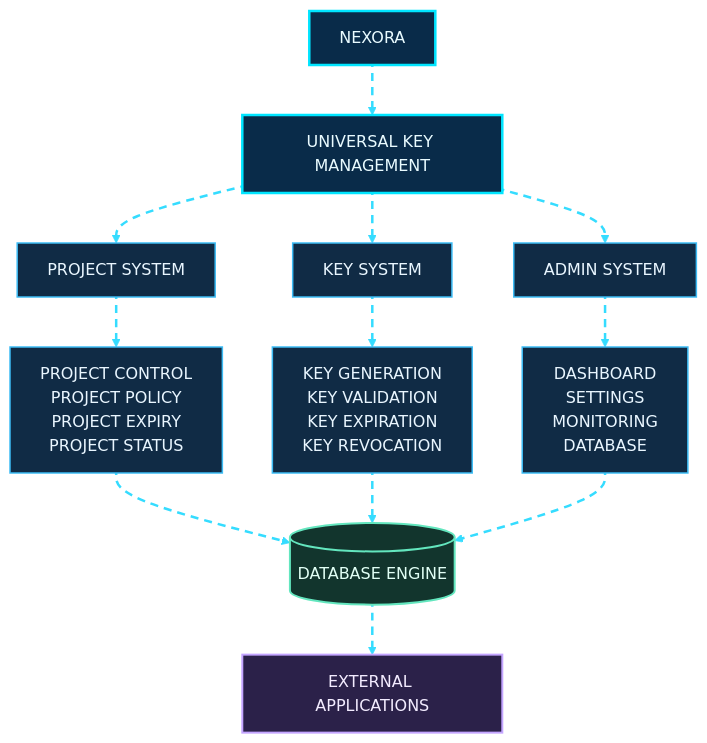
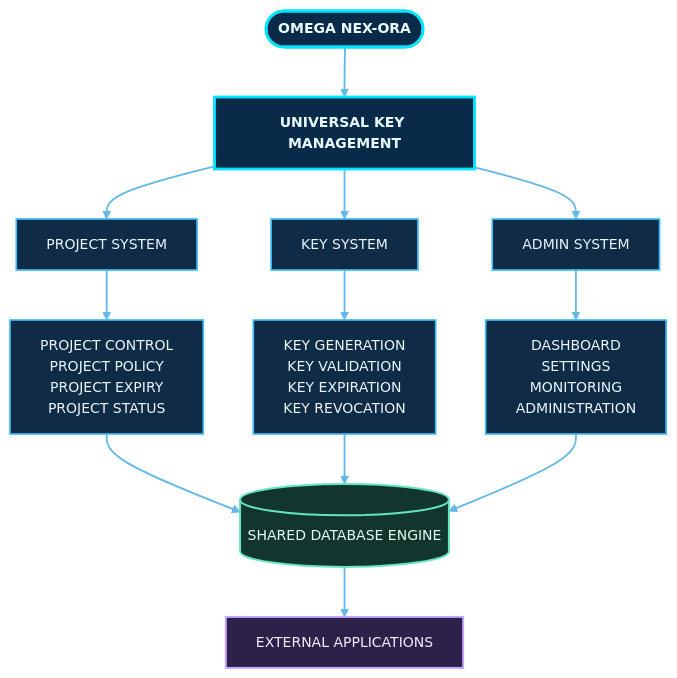
The first of 23 diagrams in README.md (shajeduzzamanenan992008inc/NexOra-Database-key-Gen), drawn with Mermaid before and after one commit. The commit also changed other lines of this file, not shown here.

````diff
--- a/README.md
+++ b/README.md
@@ -154,34 +154,34 @@
 ```mermaid
-%%{init: {"theme":"base","themeVariables":{"darkMode":true,"background":"#07111f","primaryColor":"#102744","primaryTextColor":"#e8f7ff","primaryBorderColor":"#00d9ff","lineColor":"#7297c8","secondaryColor":"#261d45","secondaryTextColor":"#f3eaff","secondaryBorderColor":"#a78bfa","tertiaryColor":"#12332b","tertiaryTextColor":"#e0fff1","tertiaryBorderColor":"#41e6a2","fontFamily":"Inter, Segoe UI, sans-serif","edgeLabelBackground":"#101d34","mainBkg":"#102744","nodeBorder":"#00d9ff","clusterBkg":"#0b1930","clusterBorder":"#6f7dff","actorBkg":"#102744","actorBorder":"#00d9ff","actorTextColor":"#e8f7ff","signalColor":"#64d8ff","signalTextColor":"#e8f7ff","noteBkgColor":"#0e332b","noteBorderColor":"#41e6a2","noteTextColor":"#e0fff1"}}}%%
+%%{init: {"theme":"base","themeVariables":{"darkMode":true,"background":"#07111f","primaryColor":"#102744","primaryTextColor":"#e8f7ff","primaryBorderColor":"#00d9ff","lineColor":"#62b9e8","secondaryColor":"#261d45","secondaryTextColor":"#f3eaff","secondaryBorderColor":"#a78bfa","tertiaryColor":"#12332b","tertiaryTextColor":"#e0fff1","tertiaryBorderColor":"#41e6a2","fontFamily":"Inter, Segoe UI, sans-serif","fontSize":"14px","edgeLabelBackground":"#101d34","mainBkg":"#102744","nodeBorder":"#00d9ff","clusterBkg":"#0b1930","clusterBorder":"#6f7dff","actorBkg":"#102744","actorBorder":"#00d9ff","actorTextColor":"#e8f7ff","signalColor":"#64d8ff","signalTextColor":"#e8f7ff","noteBkgColor":"#0e332b","noteBorderColor":"#41e6a2","noteTextColor":"#e0fff1"}}}%%
 flowchart TB
-    N["NEXORA"] nx01e01@--> U["UNIVERSAL KEY MANAGEMENT"]
-    U nx01e02@--> P["PROJECT SYSTEM"]
-    U nx01e03@--> K["KEY SYSTEM"]
-    U nx01e04@--> A["ADMIN SYSTEM"]
-    P nx01e05@--> P1["PROJECT CONTROL<br/>PROJECT POLICY<br/>PROJECT EXPIRY<br/>PROJECT STATUS"]
-    K nx01e06@--> K1["KEY GENERATION<br/>KEY VALIDATION<br/>KEY EXPIRATION<br/>KEY REVOCATION"]
-    A nx01e07@--> A1["DASHBOARD<br/>SETTINGS<br/>MONITORING<br/>DATABASE"]
-    P1 nx01e08@--> D[("DATABASE ENGINE")]
-    K1 nx01e09@--> D
-    A1 nx01e10@--> D
-    D nx01e11@--> E["EXTERNAL APPLICATIONS"]
+    N(["OMEGA NEX-ORA"]) --> U["UNIVERSAL KEY MANAGEMENT"]
+    U --> P["PROJECT SYSTEM"]
+    U --> K["KEY SYSTEM"]
+    U --> A["ADMIN SYSTEM"]
 
-    %% OMEGA NEX-ORA visual classes
-    %% OMEGA NEX-ORA / ULTRA NEON PALETTE
-    classDef nxCore fill:#092b49,stroke:#00e5ff,stroke-width:2.5px,color:#e9fbff;
-    classDef nxProcess fill:#102b45,stroke:#3dbcf5,stroke-width:1.5px,color:#e9f6ff;
-    classDef nxDecision fill:#2b2050,stroke:#b38cff,stroke-width:2px,color:#f3edff;
-    classDef nxSuccess fill:#0d3b2c,stroke:#3fffa0,stroke-width:2px,color:#e0fff0;
-    classDef nxDanger fill:#451d30,stroke:#ff6688,stroke-width:2px,color:#fff0f3;
+    P --> P1["PROJECT CONTROL<br/>PROJECT POLICY<br/>PROJECT EXPIRY<br/>PROJECT STATUS"]
+    K --> K1["KEY GENERATION<br/>KEY VALIDATION<br/>KEY EXPIRATION<br/>KEY REVOCATION"]
+    A --> A1["DASHBOARD<br/>SETTINGS<br/>MONITORING<br/>ADMINISTRATION"]
+
+    P1 --> DB[("SHARED DATABASE ENGINE")]
+    K1 --> DB
+    A1 --> DB
+    DB --> X["EXTERNAL APPLICATIONS"]
+
+
+    %% OMEGA NEX-ORA · ULTRA NEON DESIGN SYSTEM
+    classDef nxCore fill:#092b49,stroke:#00e5ff,stroke-width:2.8px,color:#e9fbff,font-weight:bold;
+    classDef nxProcess fill:#102b45,stroke:#3dbcf5,stroke-width:1.7px,color:#e9f6ff;
+    classDef nxDecision fill:#2b2050,stroke:#b38cff,stroke-width:2.2px,color:#f3edff,font-weight:bold;
+    classDef nxSuccess fill:#0d3b2c,stroke:#3fffa0,stroke-width:2.2px,color:#e0fff0,font-weight:bold;
+    classDef nxDanger fill:#451d30,stroke:#ff6688,stroke-width:2.2px,color:#fff0f3,font-weight:bold;
     classDef nxData fill:#12352d,stroke:#63e6be,stroke-width:2px,color:#e1fff5;
     classDef nxExternal fill:#2b2149,stroke:#c4a5ff,stroke-width:2px,color:#f3ecff;
     classDef nxInfo fill:#17253e,stroke:#91a7c9,stroke-width:1.5px,color:#e5efff;
     classDef nxWarning fill:#453116,stroke:#fbbf24,stroke-width:2px,color:#fff6d6;
-    %% Moving dashed route: Mermaid applies this class to explicitly identified edges.
-    classDef nxAnimated stroke:#35dcff,stroke-width:2.5px,stroke-dasharray:8\,6,stroke-dashoffset:1000,animation:dash 24s linear infinite;
+    linkStyle default stroke:#62b9e8,stroke-width:1.8px;
     class N,U nxCore;
     class P,K,A,P1,K1,A1 nxProcess;
-    class D nxData;
-    class E nxExternal;
-    class nx01e01,nx01e02,nx01e03,nx01e04,nx01e05,nx01e06,nx01e07,nx01e08,nx01e09,nx01e10,nx01e11 nxAnimated;
+    class DB nxData;
+    class X nxExternal;
 ```
````
